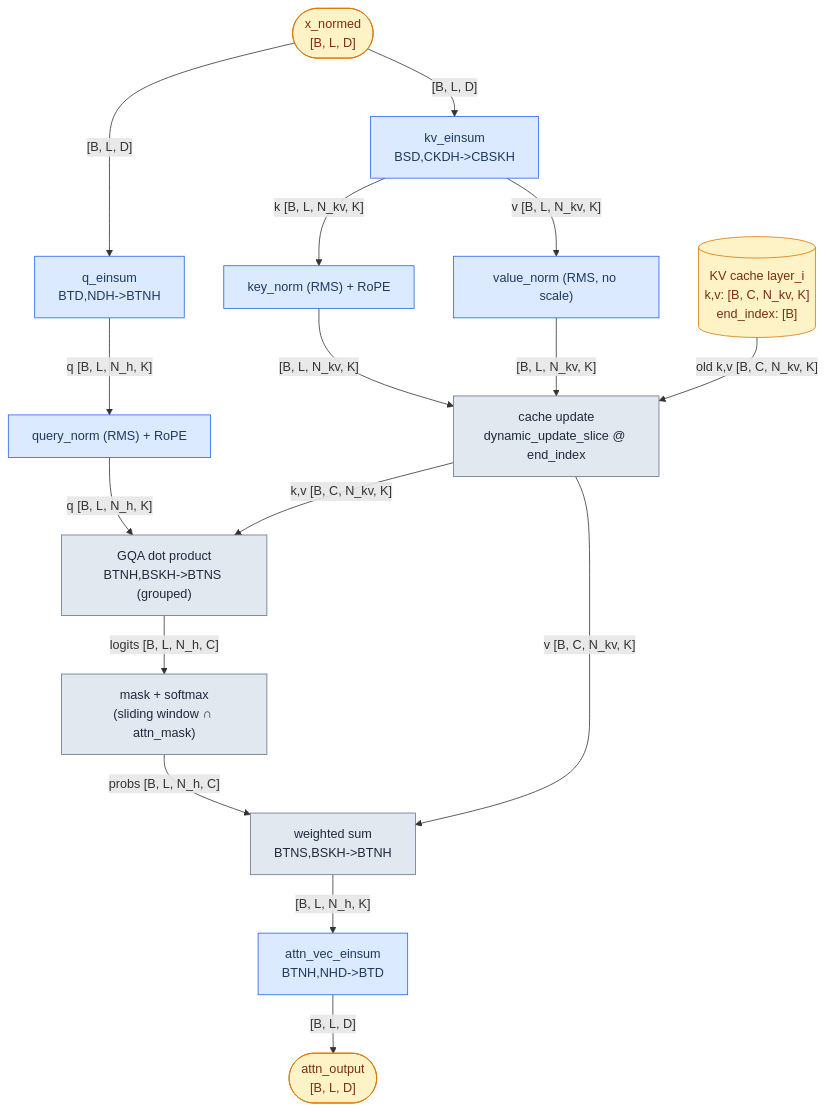
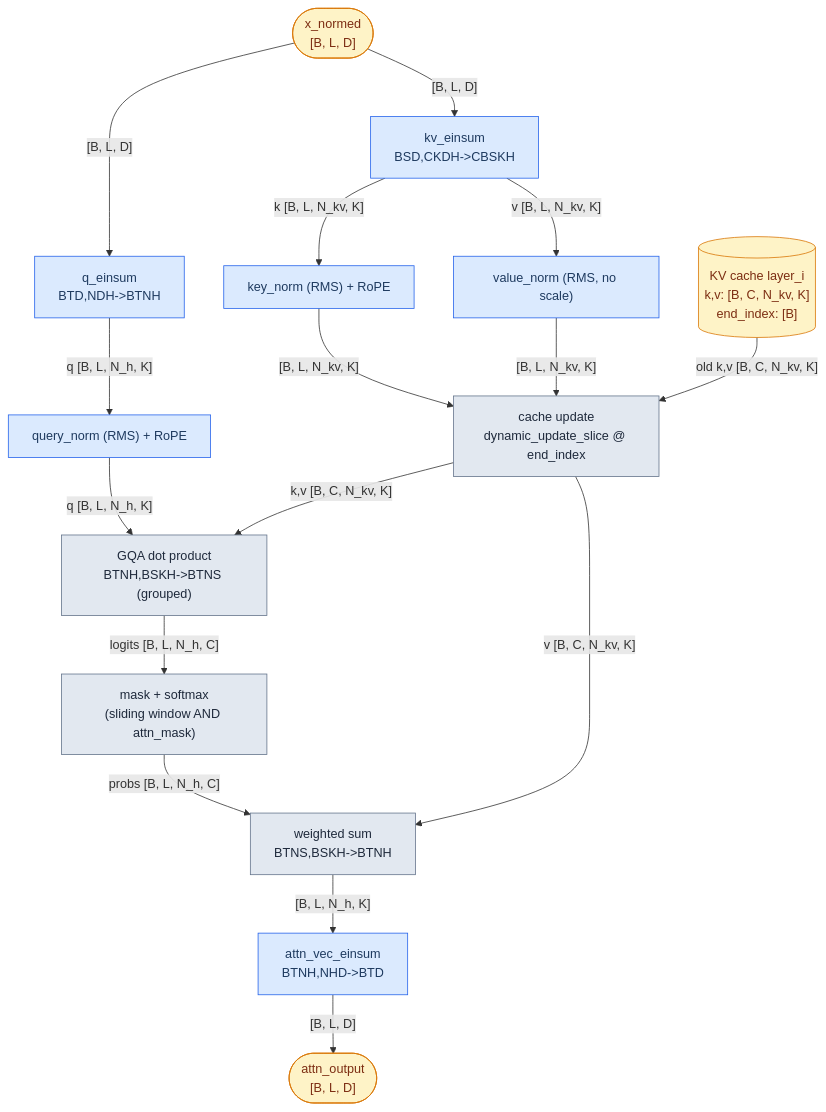
The diagram in docs/add-visual-inputs/mmd/l1-attention.mmd (xinshengqin/gemma), drawn with Mermaid before and after one commit. The commit also changed 13 other files, not shown here.

```diff
--- a/docs/add-visual-inputs/mmd/l1-attention.mmd
+++ b/docs/add-visual-inputs/mmd/l1-attention.mmd
@@ -1,37 +1,35 @@
 %% L1 — Attention (gemma4/_modules.py:201). Shown for a LOCAL_SLIDING layer:
 %% K = head_dim = 256. For GLOBAL layers: K = global_key_size = 512,
 %% kv heads = num_global_kv_heads = 2, and k == v (k_eq_v_global).
 flowchart TB
     xn(["x_normed<br/>[B, L, D]"]):::tensor
     QE["q_einsum<br/>BTD,NDH->BTNH"]:::module
     KVE["kv_einsum<br/>BSD,CKDH->CBSKH"]:::module
     QN["query_norm (RMS) + RoPE"]:::module
     KN["key_norm (RMS) + RoPE"]:::module
     VN["value_norm (RMS, no scale)"]:::module
     kv[("KV cache layer_i<br/>k,v: [B, C, N_kv, K]<br/>end_index: [B]")]:::tensor
     UPD["cache update<br/>dynamic_update_slice @ end_index"]:::op
     DOT["GQA dot product<br/>BTNH,BSKH->BTNS (grouped)"]:::op
-    MASK["mask + softmax<br/>(sliding window ∩ attn_mask)"]:::op
+    MASK["mask + softmax<br/>(sliding window AND attn_mask)"]:::op
     WV["weighted sum<br/>BTNS,BSKH->BTNH"]:::op
     OE["attn_vec_einsum<br/>BTNH,NHD->BTD"]:::module
     out(["attn_output<br/>[B, L, D]"]):::tensor
-
     xn -- "[B, L, D]" --> QE
     xn -- "[B, L, D]" --> KVE
     QE -- "q [B, L, N_h, K]" --> QN
     KVE -- "k [B, L, N_kv, K]" --> KN
     KVE -- "v [B, L, N_kv, K]" --> VN
     KN -- "[B, L, N_kv, K]" --> UPD
     VN -- "[B, L, N_kv, K]" --> UPD
     kv -- "old k,v [B, C, N_kv, K]" --> UPD
     UPD -- "k,v [B, C, N_kv, K]" --> DOT
     QN -- "q [B, L, N_h, K]" --> DOT
     DOT -- "logits [B, L, N_h, C]" --> MASK
     MASK -- "probs [B, L, N_h, C]" --> WV
     UPD -- "v [B, C, N_kv, K]" --> WV
     WV -- "[B, L, N_h, K]" --> OE
     OE -- "[B, L, D]" --> out
-
     classDef module fill:#dbeafe,stroke:#2563eb,color:#1e3a5f
     classDef op fill:#e2e8f0,stroke:#64748b,color:#1e293b
     classDef tensor fill:#fef3c7,stroke:#d97706,color:#7c2d12
```
